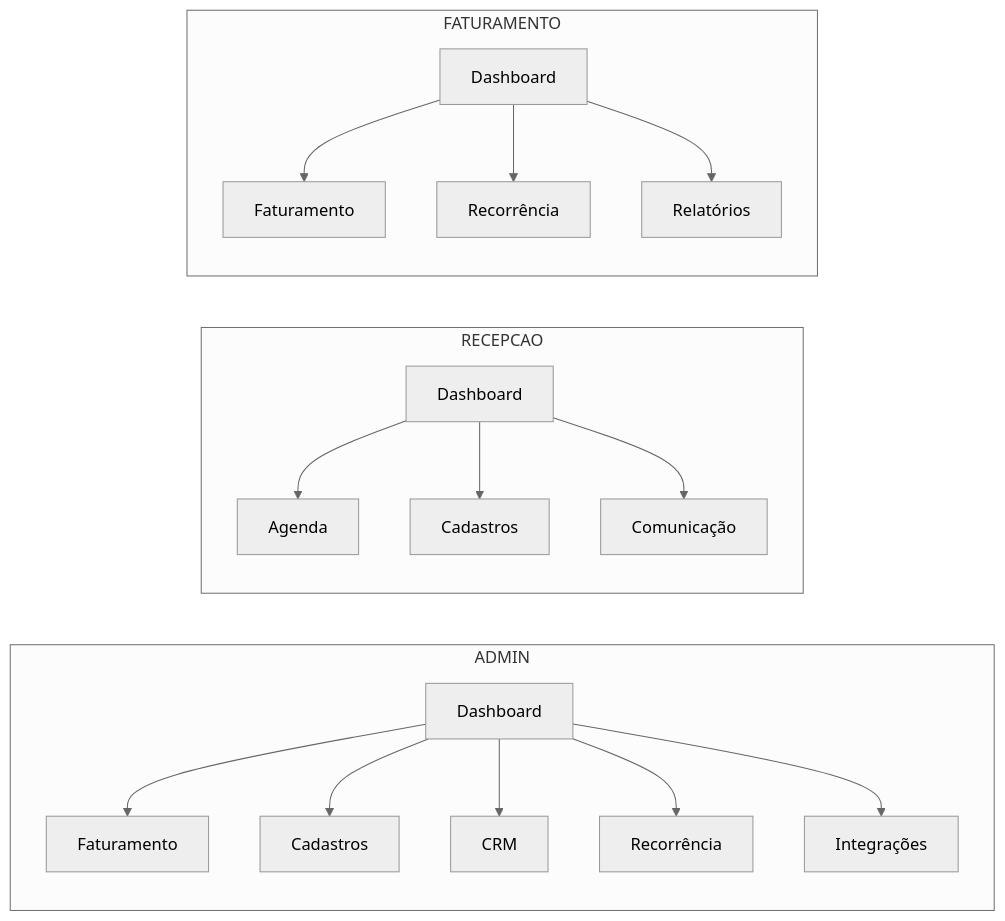
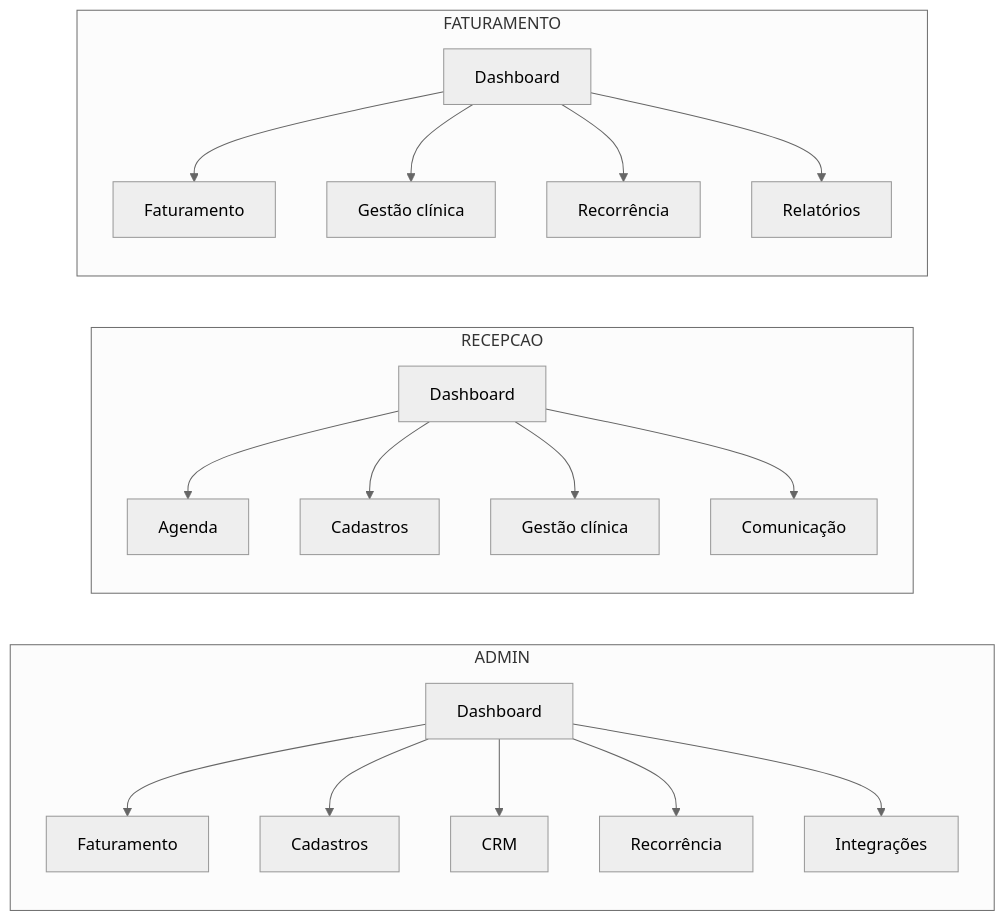
The second of 3 diagrams in docs/produto/JORNADA_CLIENTE.md (Piulres/sistema-bibi), drawn with Mermaid (neutral theme) before and after one commit. The commit also changed other lines of this file and 5 other files, not shown here.

First line of the commit message:
docs(v2.4): gestão clínica em FLUXOS, V2_4 e índice

````diff
--- a/docs/produto/JORNADA_CLIENTE.md
+++ b/docs/produto/JORNADA_CLIENTE.md
@@ -216,22 +216,24 @@
 ```mermaid
 flowchart LR
   subgraph ADMIN
     D[Dashboard] --> B[Faturamento]
     D --> C[Cadastros]
     D --> CRM[CRM]
     D --> SUB[Recorrência]
     D --> INT[Integrações]
   end
 
   subgraph RECEPCAO
     D2[Dashboard] --> AG[Agenda]
     D2 --> CAD[Cadastros]
+    D2 --> GES[Gestão clínica]
     D2 --> COM[Comunicação]
   end
 
   subgraph FATURAMENTO
     D3[Dashboard] --> B2[Faturamento]
+    D3 --> GES2[Gestão clínica]
     D3 --> SUB2[Recorrência]
     D3 --> REL[Relatórios]
   end
 ```
````
